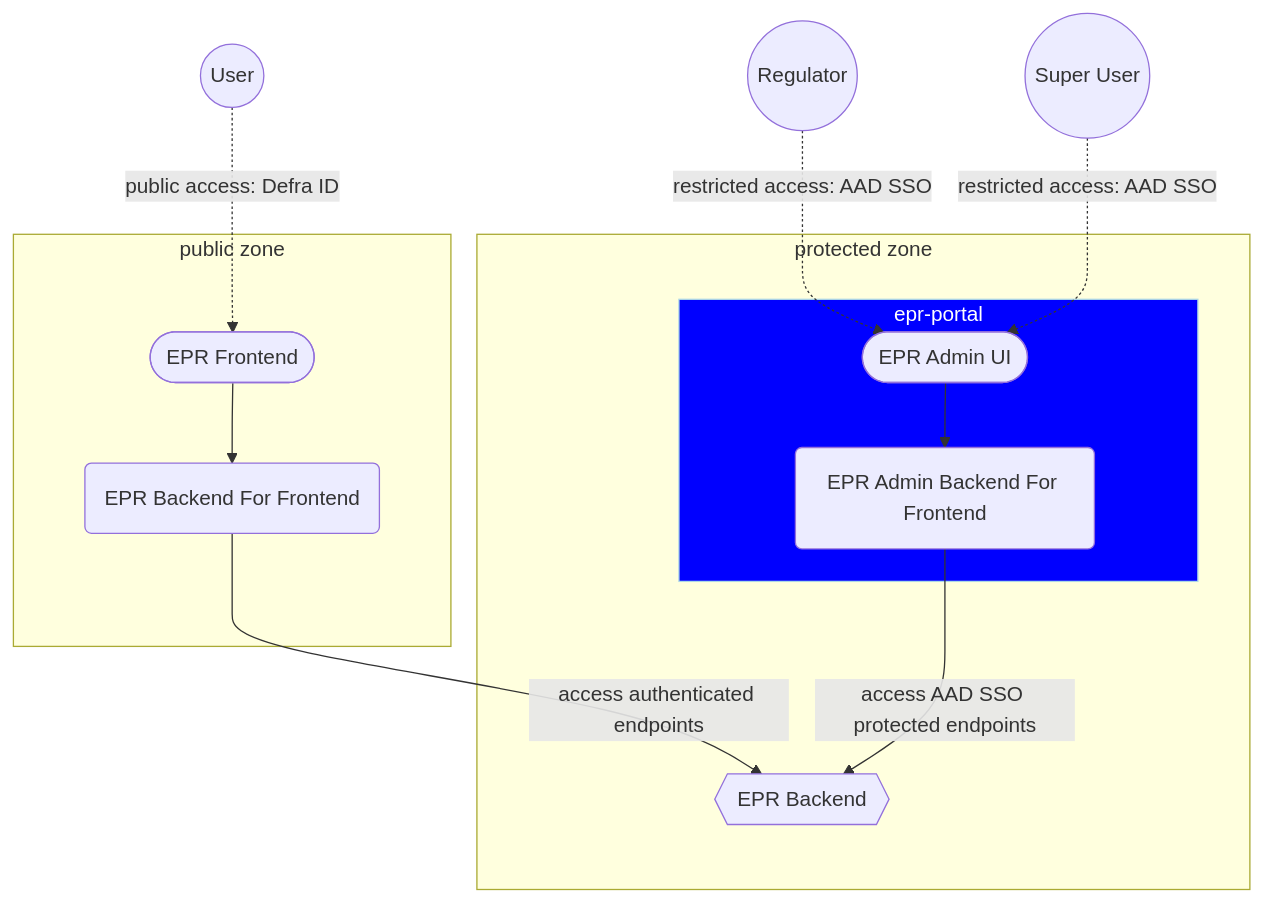
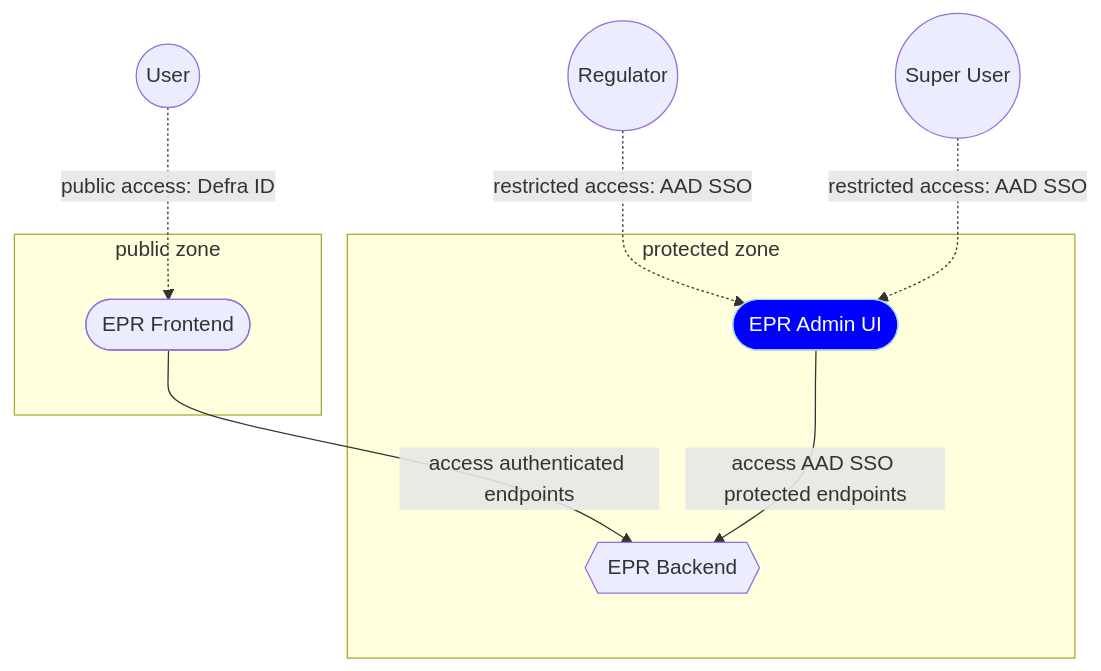
The diagram in docs/architecture/decisions/0005-admin-ui-adr.md (DEFRA/epr-backend), drawn with Mermaid before and after one commit. The commit also changed other lines of this file, not shown here.

Commit message:
PAE-217: Refined Admin UI ADR

````diff
--- a/docs/architecture/decisions/0005-admin-ui-adr.md
+++ b/docs/architecture/decisions/0005-admin-ui-adr.md
@@ -37,40 +39,35 @@
 ```mermaid
 flowchart TD;
     USER((User))
     SUPER-USER((Super User))
     REGULATOR((Regulator))
 
   classDef invisible opacity:0
   classDef adminBox fill:blue,stroke:lightblue,color:white
 
   subgraph protected zone
     subgraph PROTECTED-ZONE-NESTED
-      subgraph epr-portal
-        EPR-ADMIN-UI([EPR Admin UI])
-        EPR-ADMIN-BFF(EPR Admin Backend For Frontend)
-      end
+      EPR-ADMIN-UI([EPR Admin UI])
       EPR-BACKEND{{EPR Backend}}
     end
   end
 
   subgraph public zone
     subgraph PUBLIC-ZONE-NESTED
       EPR-FRONTEND([EPR Frontend])
-      EPR-BFF(EPR Backend For Frontend)
     end
   end
 
   PROTECTED-ZONE-NESTED:::invisible
   PUBLIC-ZONE-NESTED:::invisible
-  epr-portal:::adminBox
+EPR-ADMIN-UI:::adminBox
+
 
   USER-. public access: Defra ID .->EPR-FRONTEND;
   REGULATOR-. restricted access: AAD SSO .->EPR-ADMIN-UI;
   SUPER-USER-. restricted access: AAD SSO .->EPR-ADMIN-UI;
 
-  EPR-FRONTEND-->EPR-BFF;
-  EPR-ADMIN-UI-->EPR-ADMIN-BFF;
 
-  EPR-BFF--access authenticated endpoints -->EPR-BACKEND;
-  EPR-ADMIN-BFF--access AAD SSO protected endpoints -->EPR-BACKEND;
+  EPR-FRONTEND--access authenticated endpoints -->EPR-BACKEND;
+  EPR-ADMIN-UI--access AAD SSO protected endpoints -->EPR-BACKEND;
 ```
````
